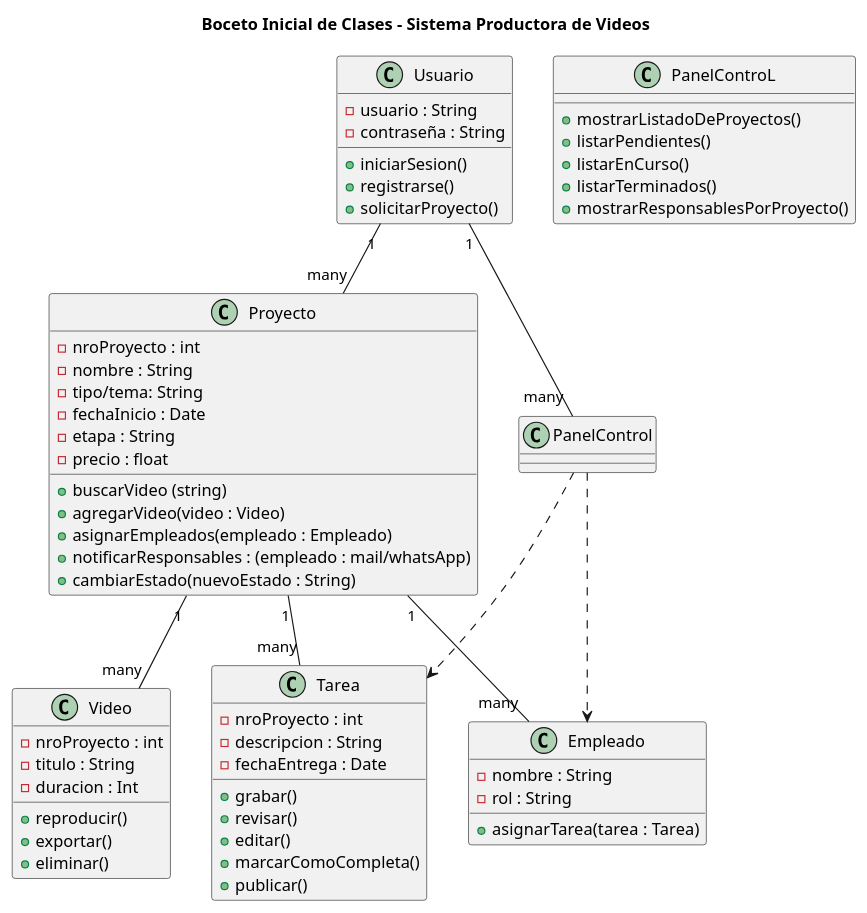
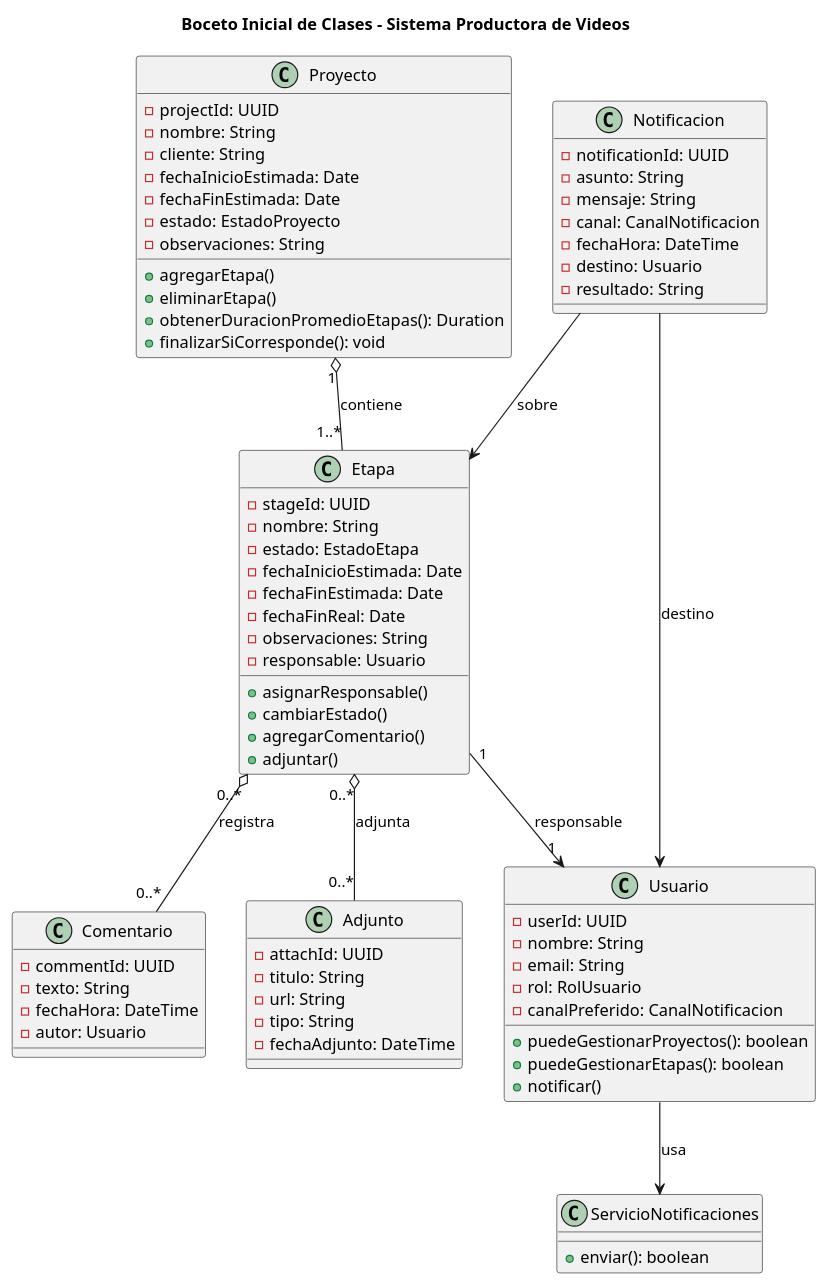
Before and after one commit to facundohernanrodriguez/SistemaProductoraVideos: the diagram in diagramas/01-diagrama-clases/01-boceto-inicial.puml, drawn with PlantUML. The commit also changed 2 other files, not shown here.

Commit message:
corrección diagrama de clases, exportación PNG y limpieza de duplicados

```diff
--- a/diagramas/01-diagrama-clases/01-boceto-inicial.puml
+++ b/diagramas/01-diagrama-clases/01-boceto-inicial.puml
@@ -1,68 +1,82 @@
-@startuml
+@startuml Diagrama_Inicial
 title Boceto Inicial de Clases - Sistema Productora de Videos
 
-class Usuario {
-  - usuario : String
-  - contraseña : String
-  + iniciarSesion()
-  + registrarse()
-  + solicitarProyecto()
+class Proyecto {
+  - projectId: UUID
+  - nombre: String
+  - cliente: String
+  - fechaInicioEstimada: Date
+  - fechaFinEstimada: Date
+  - estado: EstadoProyecto
+  - observaciones: String
+  + agregarEtapa()
+  + eliminarEtapa()
+  + obtenerDuracionPromedioEtapas(): Duration
+  + finalizarSiCorresponde(): void
 }
 
-class Proyecto {
-  - nroProyecto : int
-  - nombre : String
-  - tipo/tema: String
-  - fechaInicio : Date
-  - etapa : String
-  - precio : float
-  + buscarVideo (string)
-  + agregarVideo(video : Video)
-  + asignarEmpleados(empleado : Empleado)
-  + notificarResponsables : (empleado : mail/whatsApp)
-  + cambiarEstado(nuevoEstado : String)
+class Etapa {
+  - stageId: UUID
+  - nombre: String
+  - estado: EstadoEtapa
+  - fechaInicioEstimada: Date
+  - fechaFinEstimada: Date
+  - fechaFinReal: Date
+  - observaciones: String
+  - responsable: Usuario
+  + asignarResponsable()
+  + cambiarEstado()
+  + agregarComentario()
+  + adjuntar()
 }
 
-class PanelControL {
-  + mostrarListadoDeProyectos()
-  + listarPendientes()
-  + listarEnCurso()
-  + listarTerminados()
-  + mostrarResponsablesPorProyecto()
+class Usuario {
+  - userId: UUID
+  - nombre: String
+  - email: String
+  - rol: RolUsuario
+  - canalPreferido: CanalNotificacion
+  + puedeGestionarProyectos(): boolean
+  + puedeGestionarEtapas(): boolean
+  + notificar()
 }
 
-class Video {
-  - nroProyecto : int
-  - titulo : String
-  - duracion : Int
-  + reproducir()
-  + exportar()
-  + eliminar()
+class Comentario {
+  - commentId: UUID
+  - texto: String
+  - fechaHora: DateTime
+  - autor: Usuario
 }
 
-class Empleado {
-  - nombre : String
-  - rol : String
-  + asignarTarea(tarea : Tarea)
+class Adjunto {
+  - attachId: UUID
+  - titulo: String
+  - url: String
+  - tipo: String
+  - fechaAdjunto: DateTime
 }
 
-class Tarea {
-  - nroProyecto : int
-  - descripcion : String
-  - fechaEntrega : Date
-  + grabar() 
-  + revisar() 
-  + editar()
-  + marcarComoCompleta()
-  + publicar()
+class Notificacion {
+  - notificationId: UUID
+  - asunto: String
+  - mensaje: String
+  - canal: CanalNotificacion
+  - fechaHora: DateTime
+  - destino: Usuario
+  - resultado: String
 }
 
-' ====== Relaciones ======
-Usuario "1" -- "many" Proyecto
-Usuario "1" -- "many" PanelControl
-Proyecto "1" -- "many" Video
-Proyecto "1" -- "many" Empleado
-Proyecto "1" -- "many" Tarea
-PanelControl ..> Empleado
-PanelControl ..> Tarea
+class ServicioNotificaciones {
+  + enviar(): boolean
+}
+
+' ==== RELACIONES ====
+Proyecto "1" o-- "1..*" Etapa : contiene
+Etapa "0..*" o-- "0..*" Comentario : registra
+Etapa "0..*" o-- "0..*" Adjunto : adjunta
+Etapa "1" --> "1" Usuario : responsable
+Usuario --> ServicioNotificaciones : «usa»
+Notificacion --> Usuario : destino
+Notificacion --> Etapa : sobre
+
 @enduml
```
